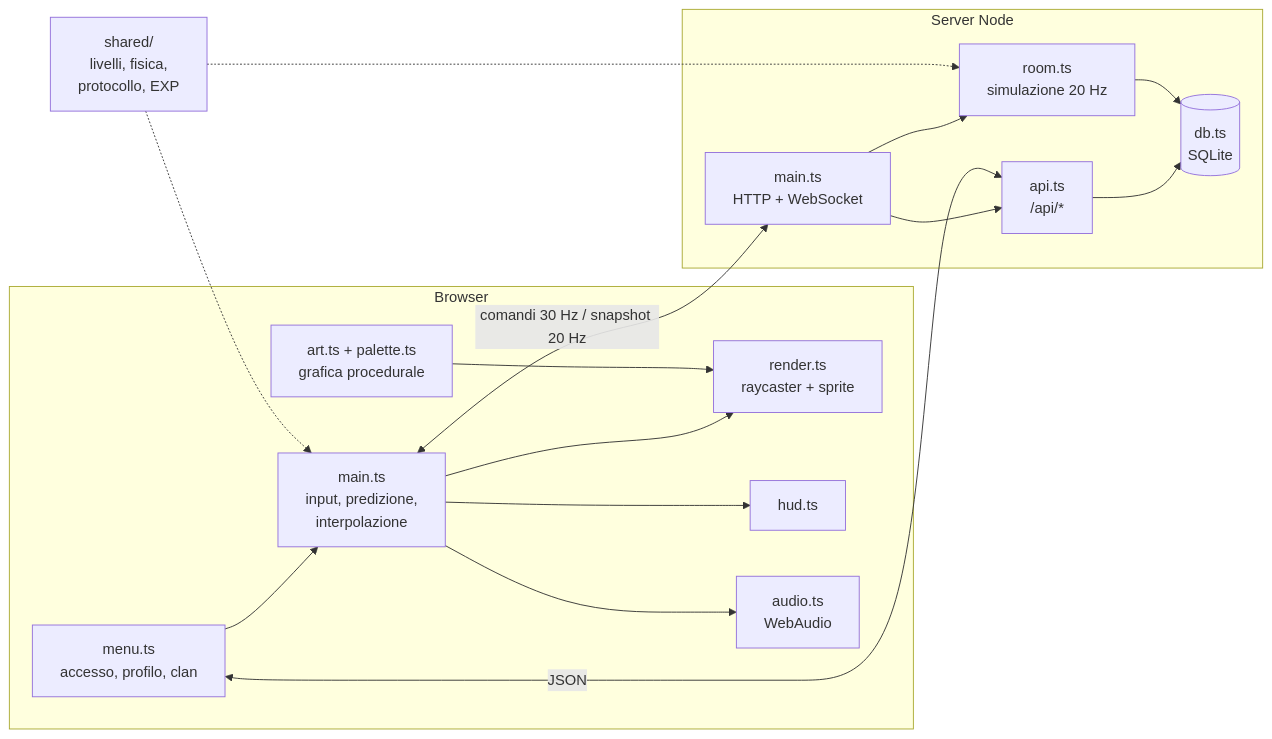
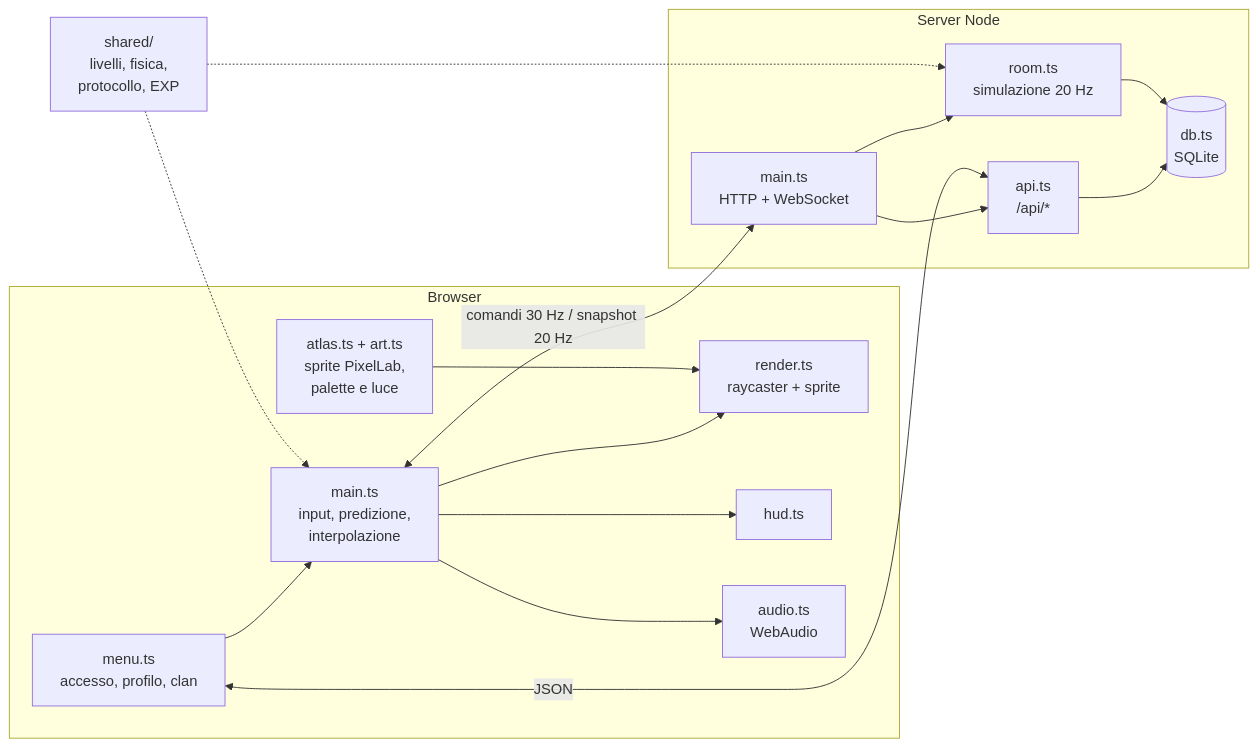
The diagram in README.md (Indr1d-C0ld/Ironward), drawn with Mermaid before and after one commit. The commit also changed other lines of this file and 1137 other files, not shown here.

First line of the commit message:
Sprite PixelLab a 8 direzioni al posto della grafica procedurale

````diff
--- a/README.md
+++ b/README.md
@@ -259,21 +261,21 @@
 ```mermaid
 flowchart LR
   subgraph Browser
     M[menu.ts<br/>accesso, profilo, clan] --> G[main.ts<br/>input, predizione,<br/>interpolazione]
     G --> R[render.ts<br/>raycaster + sprite]
-    A[art.ts + palette.ts<br/>grafica procedurale] --> R
+    A[atlas.ts + art.ts<br/>sprite PixelLab,<br/>palette e luce] --> R
     G --> H[hud.ts]
     G --> S[audio.ts<br/>WebAudio]
   end
   subgraph Server Node
     W[main.ts<br/>HTTP + WebSocket] --> RM[room.ts<br/>simulazione 20 Hz]
     W --> API[api.ts<br/>/api/*]
     API --> DB[(db.ts<br/>SQLite)]
     RM --> DB
   end
   SH[shared/<br/>livelli, fisica,<br/>protocollo, EXP]
   G <-- comandi 30 Hz / snapshot 20 Hz --> W
   M <-- JSON --> API
   SH -.-> G
   SH -.-> RM
 ```
````
